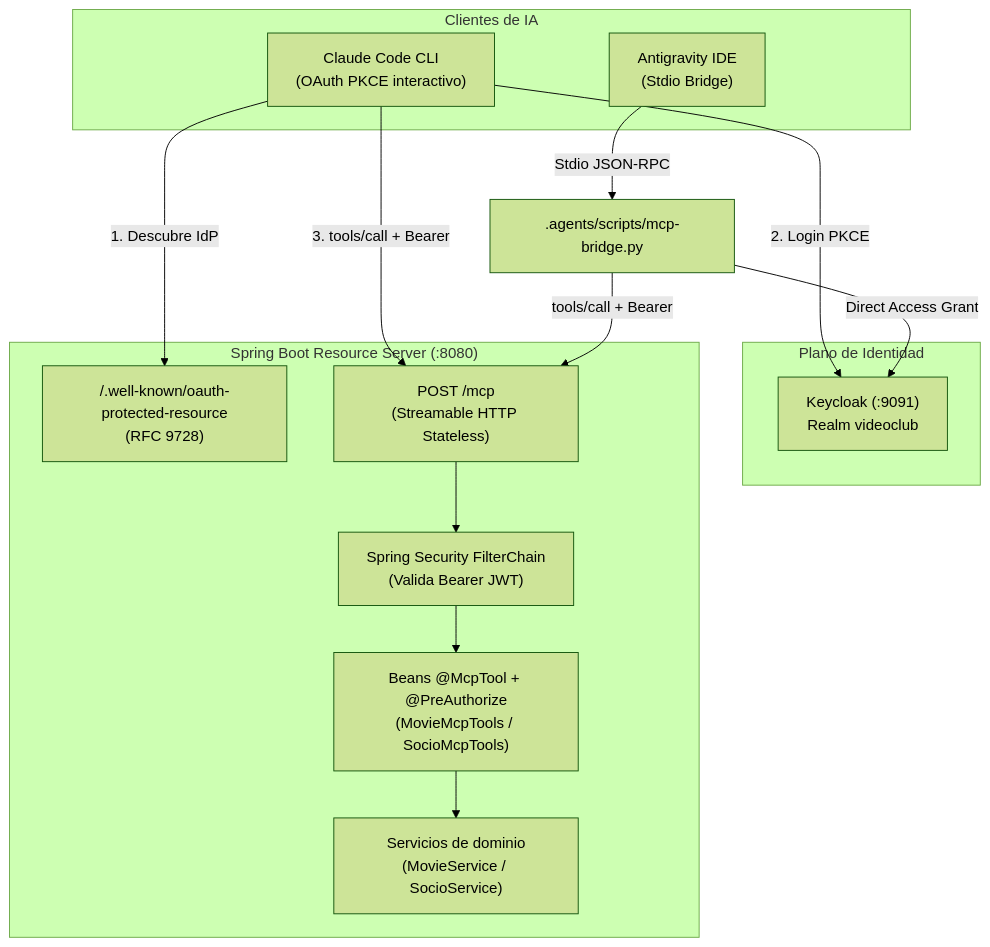
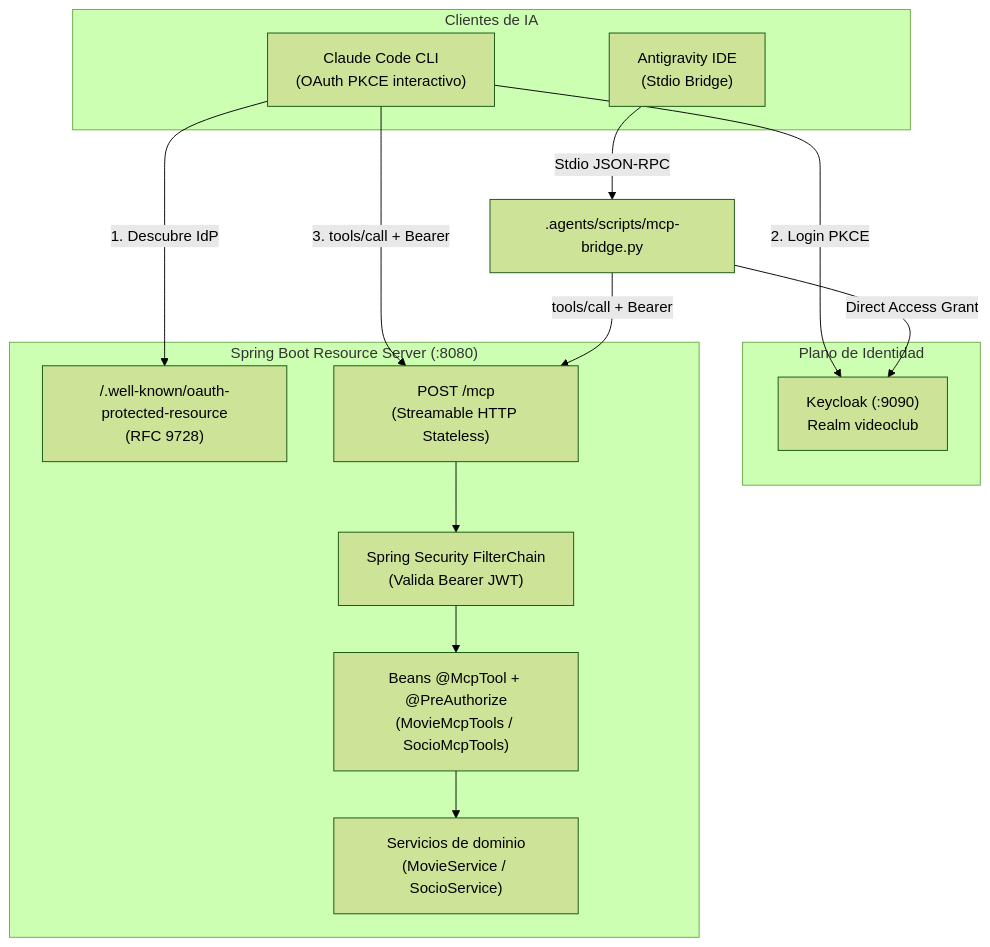
Before and after one commit to hmunoz/springboot-sso: the first of 3 diagrams in docs/mcp-server.md, drawn with Mermaid (forest theme). The commit also changed other lines of this file and 12 other files, not shown here.

````diff
--- a/docs/mcp-server.md
+++ b/docs/mcp-server.md
@@ -11,29 +11,29 @@
 ```mermaid
 flowchart TD
     subgraph Clientes ["Clientes de IA"]
         CC["Claude Code CLI<br/>(OAuth PKCE interactivo)"]
         AG["Antigravity IDE<br/>(Stdio Bridge)"]
     end
 
     subgraph Auth ["Plano de Identidad"]
-        KC["Keycloak (:9091)<br/>Realm videoclub"]
+        KC["Keycloak (:9090)<br/>Realm videoclub"]
     end
 
     subgraph Server ["Spring Boot Resource Server (:8080)"]
         DISC["/.well-known/oauth-protected-resource<br/>(RFC 9728)"]
         EP["POST /mcp<br/>(Streamable HTTP Stateless)"]
         SEC["Spring Security FilterChain<br/>(Valida Bearer JWT)"]
         TOOLS["Beans @McpTool + @PreAuthorize<br/>(MovieMcpTools / SocioMcpTools)"]
         SVC["Servicios de dominio<br/>(MovieService / SocioService)"]
     end
 
     CC -->|1. Descubre IdP| DISC
     CC -->|2. Login PKCE| KC
     CC -->|3. tools/call + Bearer| EP
 
     AG -->|Stdio JSON-RPC| BRIDGE[".agents/scripts/mcp-bridge.py"]
     BRIDGE -->|Direct Access Grant| KC
     BRIDGE -->|tools/call + Bearer| EP
 
     EP --> SEC --> TOOLS --> SVC
 ```
````
